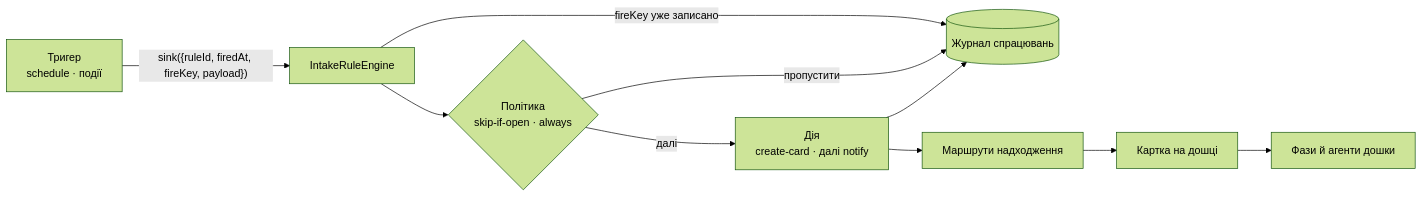
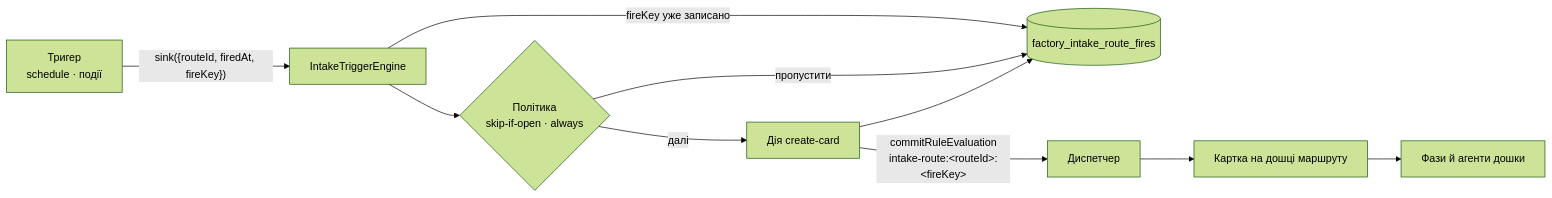
Before and after one commit to works-yura/software-factory: the diagram in docs/features/intake/design.md, drawn with Mermaid (forest theme). The commit also changed other lines of this file and 8 other files, not shown here.

````diff
--- a/docs/features/intake/design.md
+++ b/docs/features/intake/design.md
@@ -42,10 +45,10 @@
 ```mermaid
 flowchart LR
-  T[Тригер<br/>schedule · події] -- "sink({ruleId, firedAt, fireKey, payload})" --> E[IntakeRuleEngine]
+  T[Тригер<br/>schedule · події] -- "sink({routeId, firedAt, fireKey})" --> E[IntakeTriggerEngine]
   E -- "fireKey уже записано" --> R
   E --> P{Політика<br/>skip-if-open · always}
-  P -- пропустити --> R[(Журнал спрацювань)]
-  P -- далі --> A[Дія<br/>create-card · далі notify]
+  P -- пропустити --> R[(factory_intake_route_fires)]
+  P -- далі --> A[Дія create-card]
+  A -- "commitRuleEvaluation<br/>intake-route:&lt;routeId&gt;:&lt;fireKey&gt;" --> D[Диспетчер] --> C[Картка на дошці маршруту] --> B[Фази й агенти дошки]
   A --> R
-  A --> M[Маршрути надходження] --> C[Картка на дошці] --> B[Фази й агенти дошки]
 ```
````
